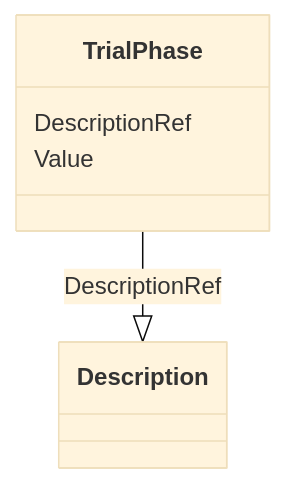
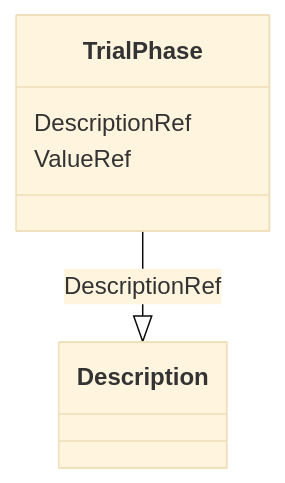
Before and after one commit to cdisc-org/DataExchange-ODM-LinkML: the diagram in docs/TrialPhase.md, drawn with Mermaid (base theme). The commit also changed other lines of this file and 398 other files, not shown here.

Commit message:
refreshing for latest updates to schema

````diff
--- a/docs/TrialPhase.md
+++ b/docs/TrialPhase.md
@@ -9,11 +9,11 @@
 ```mermaid
  classDiagram
     class TrialPhase
       TrialPhase : DescriptionRef
         
           TrialPhase --|> Description : DescriptionRef
         
-      TrialPhase : Value
+      TrialPhase : ValueRef
         
       
 ```
````
